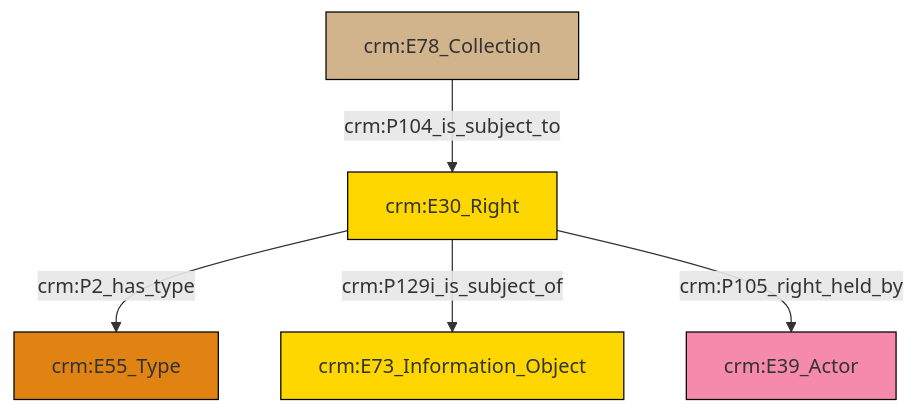
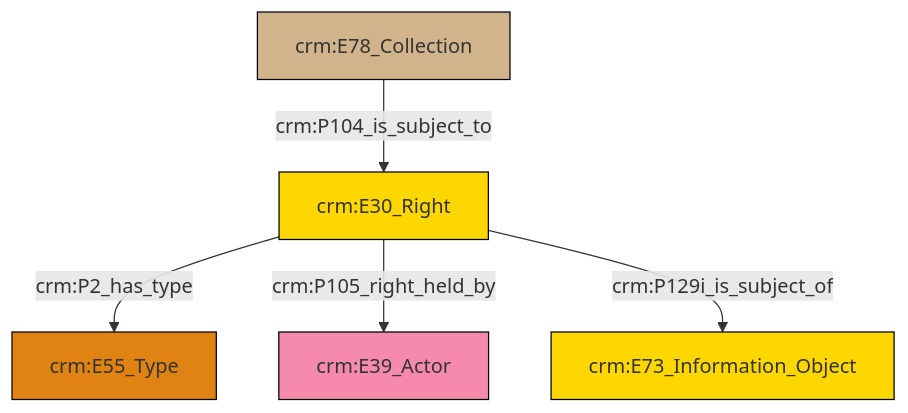
The diagram in et/archivalCSV/ttl/mmd/archival_rights.ttl.mmd (swiss-art-research-net/docs.swissartresearch), drawn with Mermaid before and after one commit. The commit also changed 179 other files, not shown here.

```diff
--- a/et/archivalCSV/ttl/mmd/archival_rights.ttl.mmd
+++ b/et/archivalCSV/ttl/mmd/archival_rights.ttl.mmd
@@ -1,19 +1,19 @@
 graph TD
 classDef Literal fill:#f2f2f2,stroke:#000000;
 classDef CRM_Entity fill:#FFFFFF,stroke:#000000;
 classDef Temporal_Entity fill:#00C9E6, stroke:#000000;
 classDef Type fill:#E18312, stroke:#000000;
 classDef Time-Span fill:#2C9C91, stroke:#000000;
 classDef Appellation fill:#FFEB7F, stroke:#000000;
 classDef Place fill:#008836, stroke:#000000;
 classDef Persistent_Item fill:#B266B2, stroke:#000000;
 classDef Conceptual_Object fill:#FFD700, stroke:#000000;
 classDef Physical_Thing fill:#D2B48C, stroke:#000000;
 classDef Actor fill:#f58aad, stroke:#000000;
 classDef PC_Classes fill:#4ce600, stroke:#000000;
 classDef Multi fill:#cccccc,stroke:#000000;
 
-0["crm:E30_Right"]:::Conceptual_Object -->|crm:P2_has_type| 1["crm:E55_Type"]:::Type
-0["crm:E30_Right"]:::Conceptual_Object -->|crm:P129i_is_subject_of| 8["crm:E73_Information_Object"]:::Conceptual_Object
-0["crm:E30_Right"]:::Conceptual_Object -->|crm:P105_right_held_by| 2["crm:E39_Actor"]:::Actor
-4["crm:E78_Collection"]:::Physical_Thing -->|crm:P104_is_subject_to| 0["crm:E30_Right"]:::Conceptual_Object
+2["crm:E30_Right"]:::Conceptual_Object -->|crm:P2_has_type| 3["crm:E55_Type"]:::Type
+2["crm:E30_Right"]:::Conceptual_Object -->|crm:P105_right_held_by| 5["crm:E39_Actor"]:::Actor
+2["crm:E30_Right"]:::Conceptual_Object -->|crm:P129i_is_subject_of| 7["crm:E73_Information_Object"]:::Conceptual_Object
+0["crm:E78_Collection"]:::Physical_Thing -->|crm:P104_is_subject_to| 2["crm:E30_Right"]:::Conceptual_Object
```
